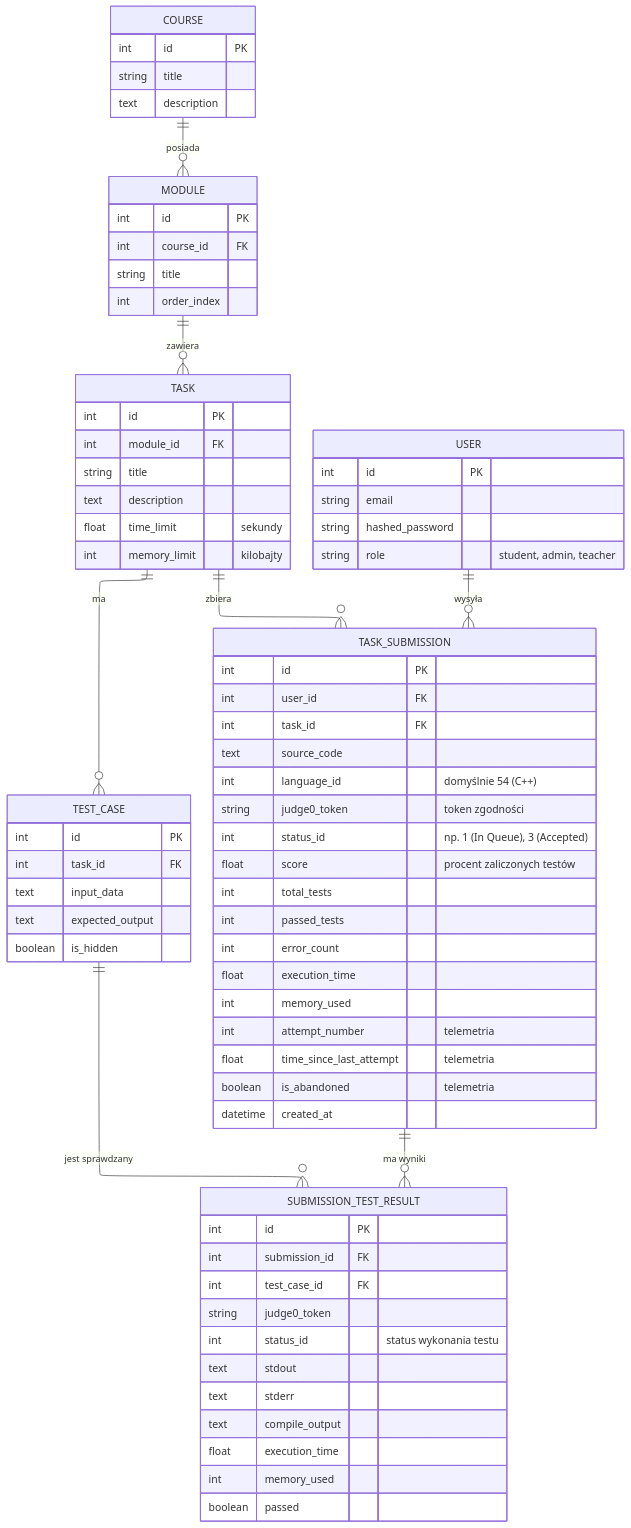
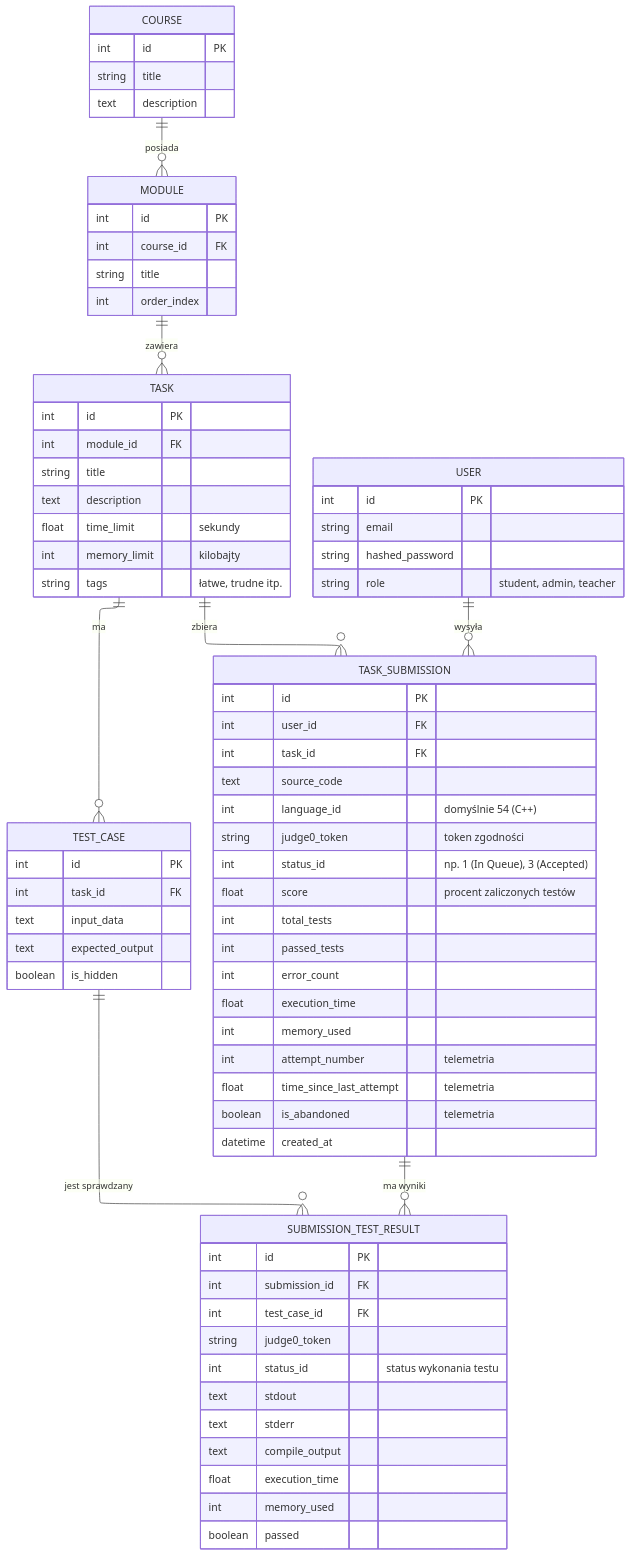
One commit to Kruciii/Mecha2Code changed the diagram in readme.md. Above: the diagram before and after it, drawn with Mermaid. The commit also changed 9 other files, not shown here.

```diff
--- a/readme.md
+++ b/readme.md
@@ -36,6 +36,7 @@
         text description
         float time_limit "sekundy"
         int memory_limit "kilobajty"
+        string tags "łatwe, trudne itp."
     }
 
     TEST_CASE {
```
